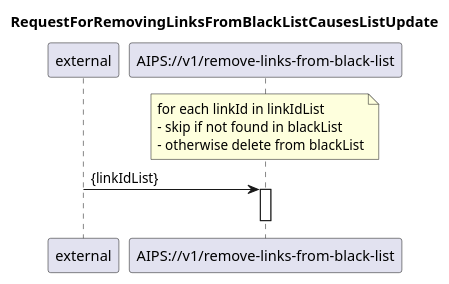
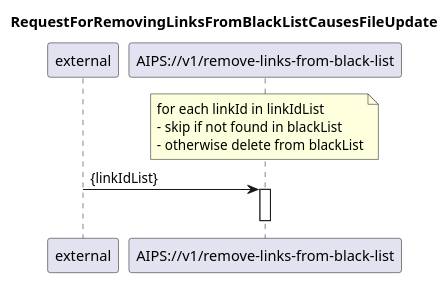
Before and after one commit to kmohr-soprasteria/AIPS_wip: the diagram in diagrams/01 Automation management/121_removeLinksFromBlackList.plantuml, drawn with PlantUML. The commit also changed 15 other files, not shown here.

Commit message:
diagramme-v005 added

```diff
--- a/diagrams/01 Automation management/121_removeLinksFromBlackList.plantuml
+++ b/diagrams/01 Automation management/121_removeLinksFromBlackList.plantuml
@@ -1,21 +1,21 @@
 @startuml 121_removeLinksFromBlackList
 skinparam responseMessageBelowArrow true
 
 title
-RequestForRemovingLinksFromBlackListCausesListUpdate
+RequestForRemovingLinksFromBlackListCausesFileUpdate
 end title
 
 participant "external" as requestor
 participant "AIPS://v1/remove-links-from-black-list" as removeLinks
 
 note over removeLinks
 for each linkId in linkIdList
 - skip if not found in blackList 
 - otherwise delete from blackList
 end note
 
 requestor -> removeLinks: {linkIdList}
 activate removeLinks
 deactivate removeLinks
 
 @enduml
```
